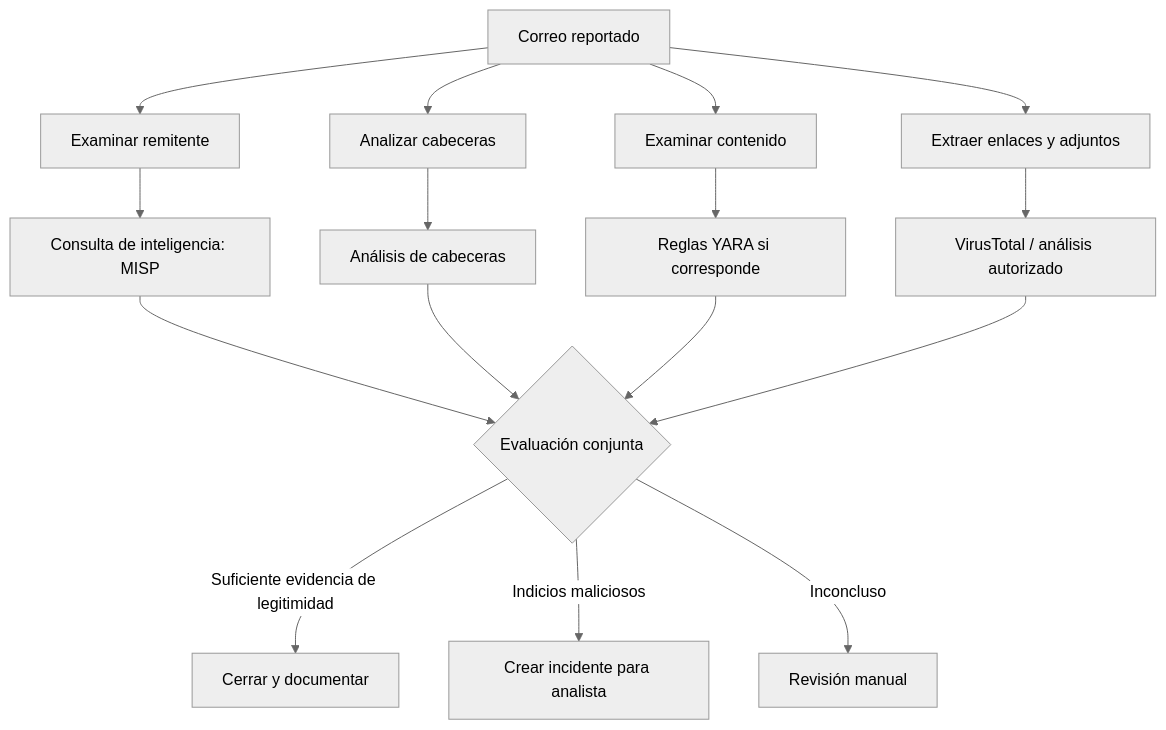
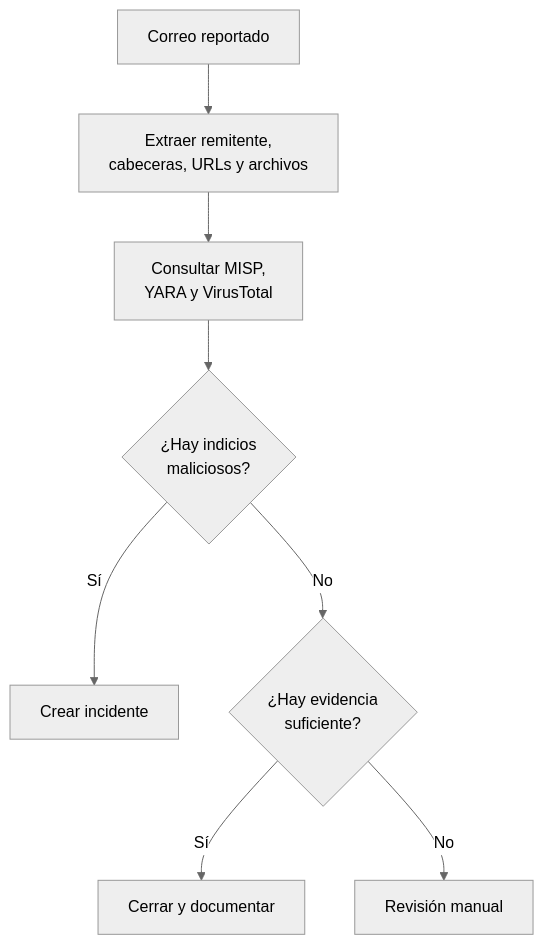
Before and after one commit to devfab17/blue-team-fundamentals-btf: the diagram in 02-soc-operations/08-soar.md, drawn with Mermaid (neutral theme). The commit also changed other lines of this file, not shown here.

Commit message:
fix: shorten Mermaid labels to avoid clipped diagrams

````diff
--- a/02-soc-operations/08-soar.md
+++ b/02-soc-operations/08-soar.md
@@ -17,18 +17,10 @@
 ```mermaid
-flowchart TD
- E["Correo reportado"] --> S["Examinar remitente"]
- E --> H["Analizar cabeceras"]
- E --> C["Examinar contenido"]
- E --> U["Extraer enlaces y adjuntos"]
- S --> M["Consulta de inteligencia: MISP"]
- H --> T["Análisis de cabeceras"]
- C --> Y["Reglas YARA si corresponde"]
- U --> V["VirusTotal / análisis autorizado"]
- M --> D{"Evaluación conjunta"}
- T --> D
- Y --> D
- V --> D
- D -->|Suficiente evidencia de legitimidad| L["Cerrar y documentar"]
- D -->|Indicios maliciosos| I["Crear incidente para analista"]
- D -->|Inconcluso| R["Revisión manual"]
+flowchart TB
+ E["Correo reportado"] --> X["Extraer remitente,<br/>cabeceras, URLs y archivos"]
+ X --> V["Consultar MISP,<br/>YARA y VirusTotal"]
+ V --> D{"¿Hay indicios<br/>maliciosos?"}
+ D -->|Sí| I["Crear incidente"]
+ D -->|No| L{"¿Hay evidencia<br/>suficiente?"}
+ L -->|Sí| C["Cerrar y documentar"]
+ L -->|No| R["Revisión manual"]
 ```
````
